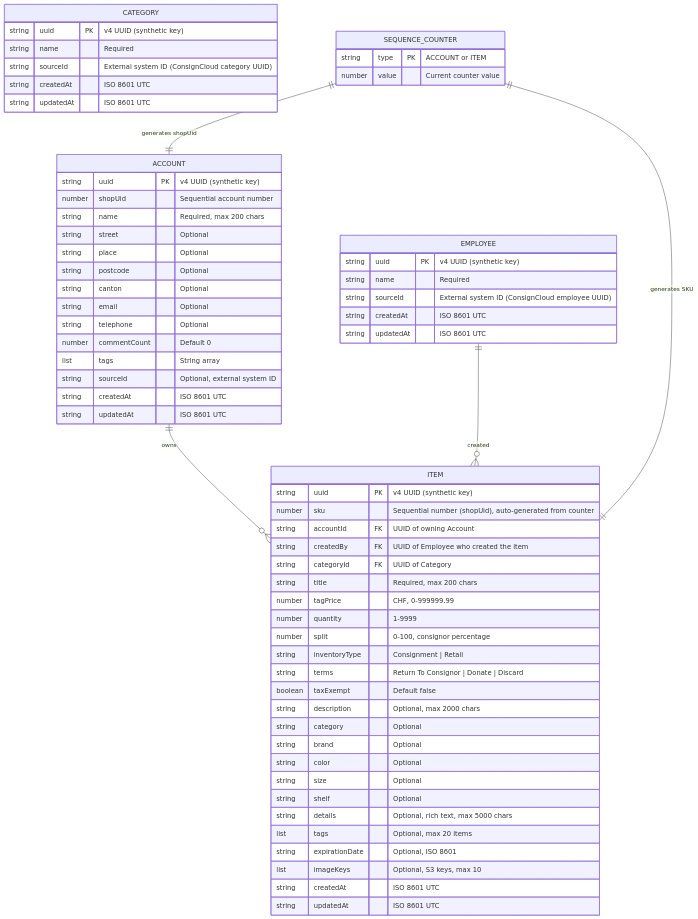
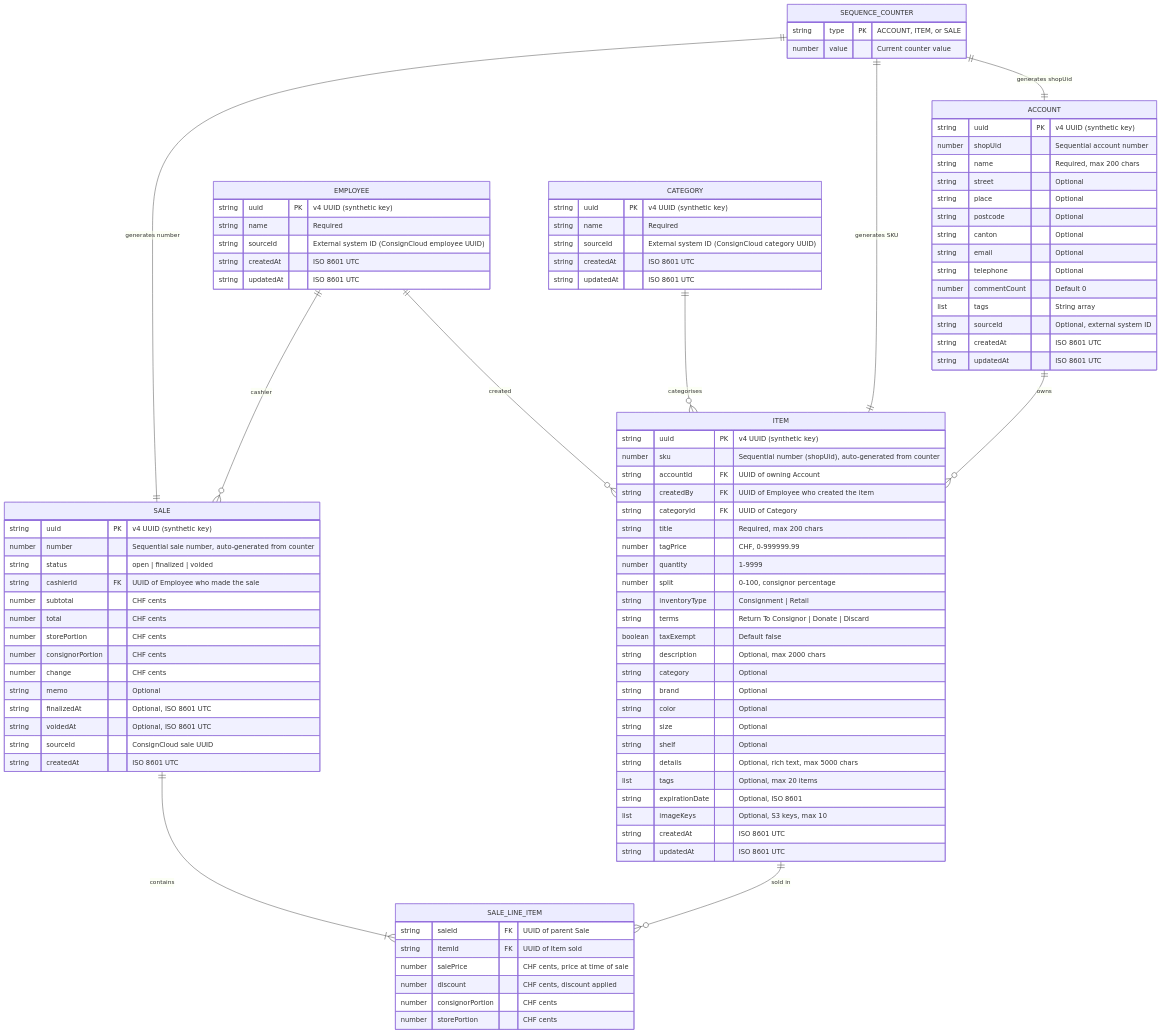
The diagram in docs/data-model.md (xerian-dev/thymos-cloud), drawn with Mermaid before and after one commit. The commit also changed other lines of this file and 30 other files, not shown here.

````diff
--- a/docs/data-model.md
+++ b/docs/data-model.md
@@ -72,12 +72,43 @@
     }
 
     SEQUENCE_COUNTER {
-        string type PK "ACCOUNT or ITEM"
+        string type PK "ACCOUNT, ITEM, or SALE"
         number value "Current counter value"
+    }
+
+    SALE {
+        string uuid PK "v4 UUID (synthetic key)"
+        number number "Sequential sale number, auto-generated from counter"
+        string status "open | finalized | voided"
+        string cashierId FK "UUID of Employee who made the sale"
+        number subtotal "CHF cents"
+        number total "CHF cents"
+        number storePortion "CHF cents"
+        number consignorPortion "CHF cents"
+        number change "CHF cents"
+        string memo "Optional"
+        string finalizedAt "Optional, ISO 8601 UTC"
+        string voidedAt "Optional, ISO 8601 UTC"
+        string sourceId "ConsignCloud sale UUID"
+        string createdAt "ISO 8601 UTC"
+    }
+
+    SALE_LINE_ITEM {
+        string saleId FK "UUID of parent Sale"
+        string itemId FK "UUID of Item sold"
+        number salePrice "CHF cents, price at time of sale"
+        number discount "CHF cents, discount applied"
+        number consignorPortion "CHF cents"
+        number storePortion "CHF cents"
     }
 
     ACCOUNT ||--o{ ITEM : "owns"
     EMPLOYEE ||--o{ ITEM : "created"
+    CATEGORY ||--o{ ITEM : "categorises"
+    EMPLOYEE ||--o{ SALE : "cashier"
+    SALE ||--|{ SALE_LINE_ITEM : "contains"
+    ITEM ||--o{ SALE_LINE_ITEM : "sold in"
     SEQUENCE_COUNTER ||--|| ACCOUNT : "generates shopUid"
     SEQUENCE_COUNTER ||--|| ITEM : "generates SKU"
+    SEQUENCE_COUNTER ||--|| SALE : "generates number"
 ```
````
